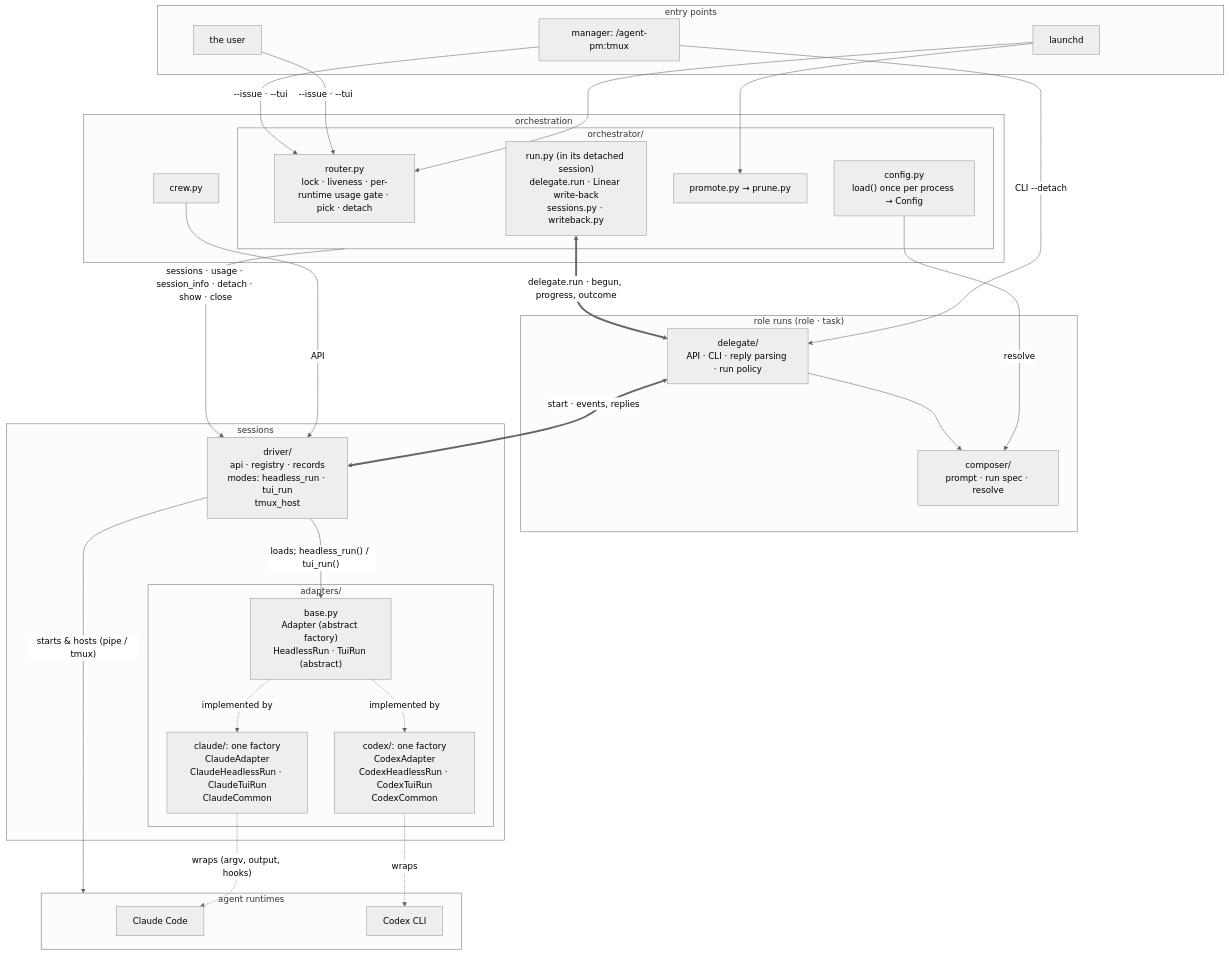
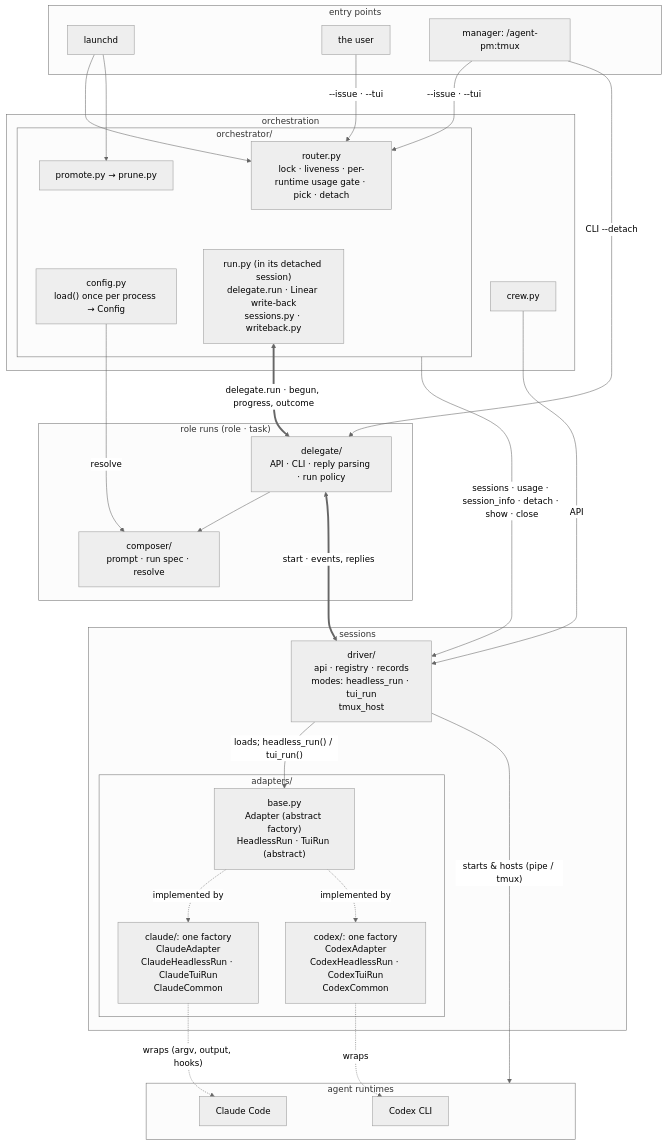
Before and after one commit to ophis/agent-pm: the second of 4 diagrams in README.md, drawn with Mermaid (neutral theme).

Commit message:
README: stack the architecture layers
Claude-Session: https://claude.ai/code/session_01DWNTKp8E4ZkndBswMuqLEu

````diff
--- a/README.md
+++ b/README.md
@@ -20,48 +20,51 @@
 ```mermaid
 flowchart TB
   subgraph EN[entry points]
     LD[launchd]
     HU[the user]
     M["manager: /agent-pm:tmux"]
   end
   subgraph L1[orchestration]
     subgraph OR[orchestrator/]
       R["router.py<br>lock · liveness · per-runtime usage gate · pick · detach"]
       RU["run.py (in its detached session)<br>delegate.run · Linear write-back<br>sessions.py · writeback.py"]
       PP["promote.py → prune.py"]
       CF["config.py<br>load() once per process → Config"]
     end
     W[crew.py]
   end
   subgraph L2["role runs (role · task)"]
     D["delegate/<br>API · CLI · reply parsing · run policy"]
     C["composer/<br>prompt · run spec · resolve"]
   end
   subgraph L3[sessions]
     DR["driver/<br>api · registry · records<br>modes: headless_run · tui_run<br>tmux_host"]
     subgraph AD[adapters/]
       B["base.py<br>Adapter (abstract factory)<br>HeadlessRun · TuiRun (abstract)"]
       CL["claude/: one factory<br>ClaudeAdapter<br>ClaudeHeadlessRun · ClaudeTuiRun<br>ClaudeCommon"]
       CX["codex/: one factory<br>CodexAdapter<br>CodexHeadlessRun · CodexTuiRun<br>CodexCommon"]
     end
   end
   subgraph RT[agent runtimes]
     P1[Claude Code]
     P2[Codex CLI]
   end
   LD --> R & PP
   HU -->|"--issue · --tui"| R
   M -->|"--issue · --tui"| R
   M -->|"CLI --detach"| D
   W -->|API| DR
   RU <==>|"delegate.run · begun, progress, outcome"| D
   CF -->|resolve| C
   OR -->|"sessions · usage · session_info · detach · show · close"| DR
   D --> C
   D <==>|"start · events, replies"| DR
   DR -->|"loads; headless_run() / tui_run()"| B
   B -.->|implemented by| CL & CX
   DR -->|"starts & hosts (pipe / tmux)"| RT
   CL -.->|"wraps (argv, output, hooks)"| P1
   CX -.->|wraps| P2
+  R ~~~ RU
+  PP ~~~ CF
+  C ~~~ DR
 ```
````
